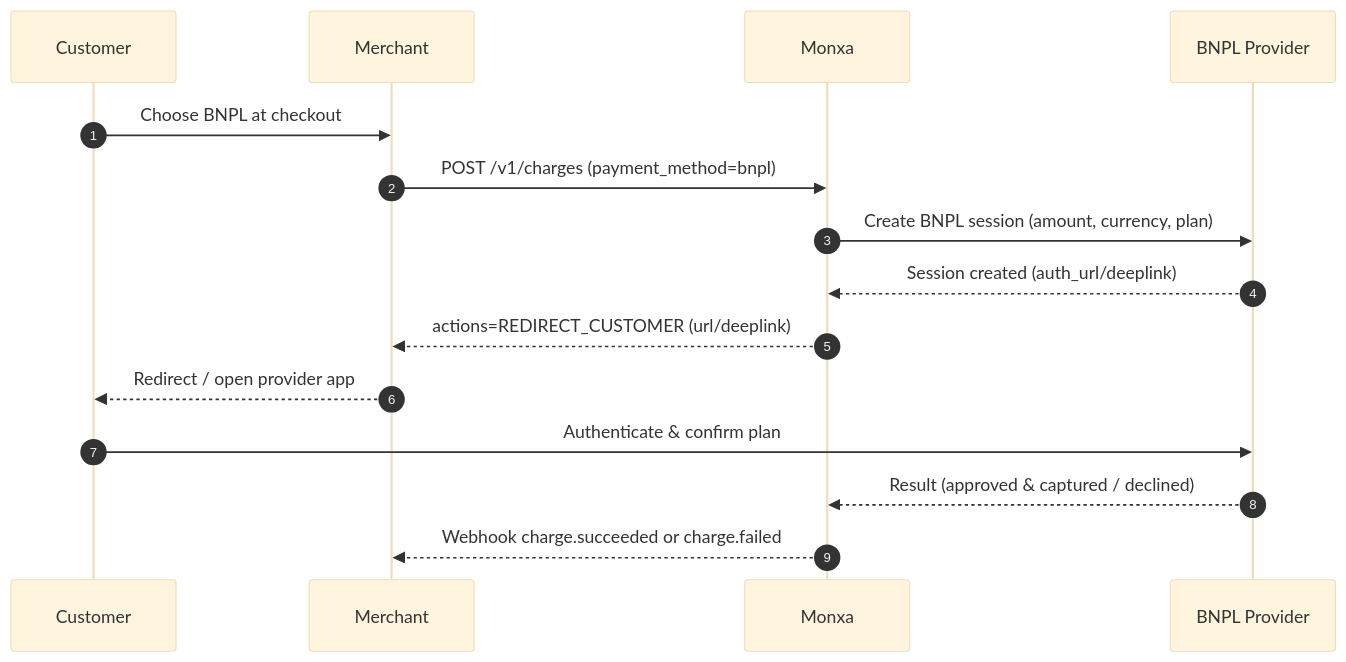
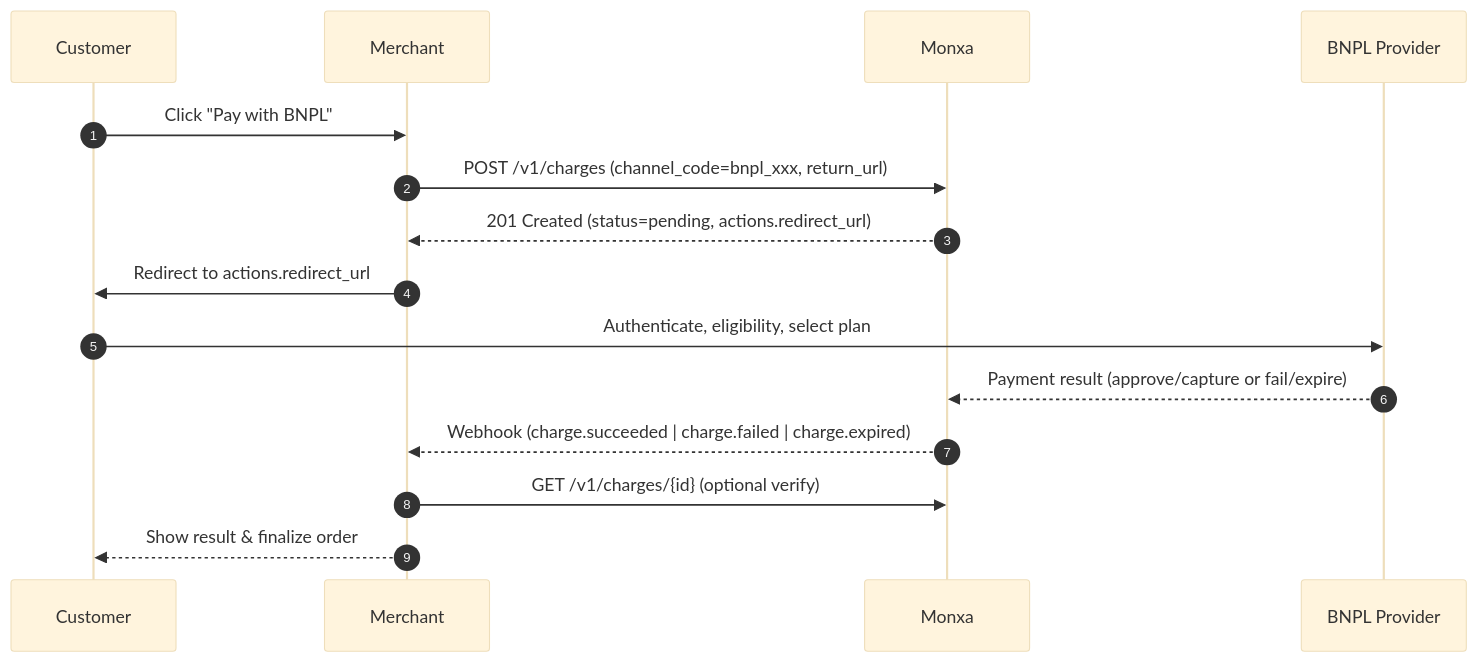
The diagram in payments/payment-methods/buy-now-pay-later.mdx (monxadev/docs), drawn with Mermaid (base theme) before and after one commit. The commit also changed other lines of this file and 3 other files, not shown here.

````diff
--- a/payments/payment-methods/buy-now-pay-later.mdx
+++ b/payments/payment-methods/buy-now-pay-later.mdx
@@ -56,18 +52,18 @@
 ```mermaid
 sequenceDiagram
   autonumber
   participant U as Customer
   participant M as Merchant
-  participant MX as Monxa
-  participant P as BNPL Provider
+  participant X as Monxa
+  participant B as BNPL Provider
   autonumber
-  U->>M: Choose BNPL at checkout
-  M->>MX: POST /v1/charges (payment_method=bnpl)
-  MX->>P: Create BNPL session (amount, currency, plan)
-  P-->>MX: Session created (auth_url/deeplink)
-  MX-->>M: actions=REDIRECT_CUSTOMER (url/deeplink)
-  M-->>U: Redirect / open provider app
-  U->>P: Authenticate & confirm plan
-  P-->>MX: Result (approved & captured / declined)
-  MX-->>M: Webhook charge.succeeded or charge.failed
+  U->>M: Click "Pay with BNPL"
+  M->>X: POST /v1/charges (channel_code=bnpl_xxx, return_url)
+  X-->>M: 201 Created (status=pending, actions.redirect_url)
+  M->>U: Redirect to actions.redirect_url
+  U->>B: Authenticate, eligibility, select plan
+  B-->>X: Payment result (approve/capture or fail/expire)
+  X-->>M: Webhook (charge.succeeded | charge.failed | charge.expired)
+  M->>X: GET /v1/charges/{id} (optional verify)
+  M-->>U: Show result & finalize order
 ```
````
